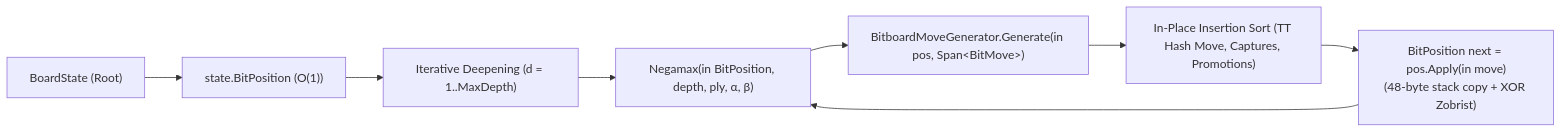
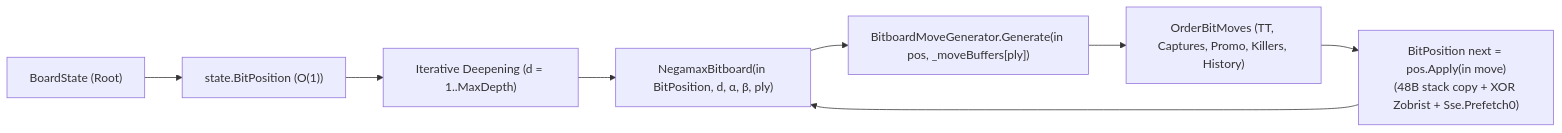
The second of 2 diagrams in docs/brain/10-bitboards.md (cjp-dev/Checkers), drawn with Mermaid before and after one commit. The commit also changed other lines of this file and 17 other files, not shown here.

````diff
--- a/docs/brain/10-bitboards.md
+++ b/docs/brain/10-bitboards.md
@@ -119,10 +150,10 @@
 ```mermaid
 flowchart LR
     Root["BoardState (Root)"] --> Convert["state.BitPosition (O(1))"]
     Convert --> ID["Iterative Deepening (d = 1..MaxDepth)"]
-    ID --> Negamax["Negamax(in BitPosition, depth, ply, α, β)"]
-    Negamax --> Gen["BitboardMoveGenerator.Generate(in pos, Span&lt;BitMove&gt;)"]
-    Gen --> Order["In-Place Insertion Sort (TT Hash Move, Captures, Promotions)"]
-    Order --> CopyMake["BitPosition next = pos.Apply(in move)<br/>(48-byte stack copy + XOR Zobrist)"]
+    ID --> Negamax["NegamaxBitboard(in BitPosition, d, α, β, ply)"]
+    Negamax --> Gen["BitboardMoveGenerator.Generate(in pos, _moveBuffers[ply])"]
+    Gen --> Order["OrderBitMoves (TT, Captures, Promo, Killers, History)"]
+    Order --> CopyMake["BitPosition next = pos.Apply(in move)<br/>(48B stack copy + XOR Zobrist + Sse.Prefetch0)"]
     CopyMake --> Negamax
 ```
````
